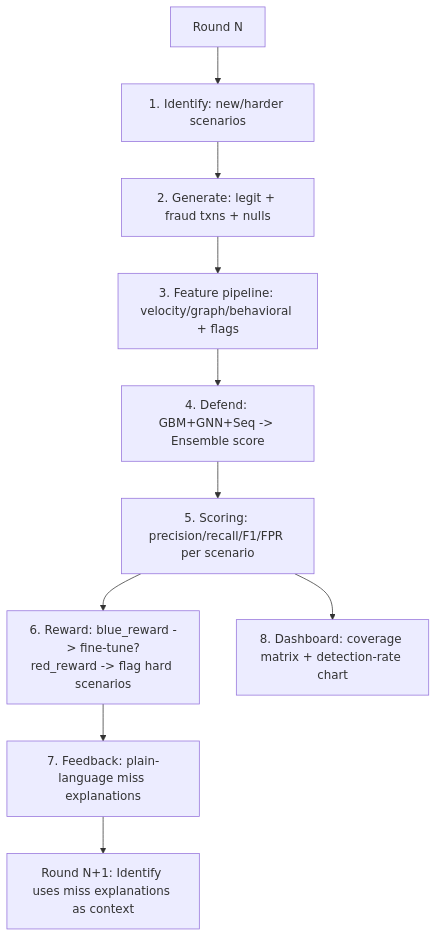
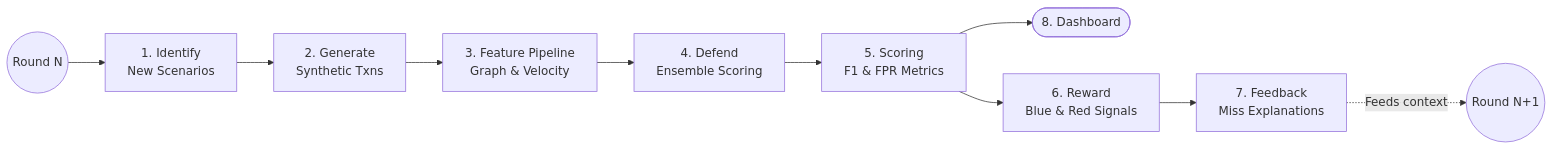
One commit to KVarad777/Pahredaar changed the diagram in README.md. Above: the diagram before and after it, drawn with Mermaid.

Commit message:
Update System Architecture diagram to a clean horizontal layout

````diff
--- a/README.md
+++ b/README.md
@@ -77,12 +77,15 @@
 ```mermaid
-flowchart TD
-    R1[Round N] --> ID[1. Identify: new/harder scenarios]
-    ID --> GEN[2. Generate: legit + fraud txns + nulls]
-    GEN --> FEAT[3. Feature pipeline: velocity/graph/behavioral + flags]
-    FEAT --> DEF[4. Defend: GBM+GNN+Seq -> Ensemble score]
-    DEF --> SCORE[5. Scoring: precision/recall/F1/FPR per scenario]
-    SCORE --> REW[6. Reward: blue_reward -> fine-tune?\nred_reward -> flag hard scenarios]
-    REW --> FB[7. Feedback: plain-language miss explanations]
-    FB --> ID2[Round N+1: Identify uses miss explanations as context]
-    SCORE --> DASH[8. Dashboard: coverage matrix + detection-rate chart]
+flowchart LR
+    R1((Round N)) --> ID[1. Identify<br/>New Scenarios]
+    ID --> GEN[2. Generate<br/>Synthetic Txns]
+    GEN --> FEAT[3. Feature Pipeline<br/>Graph & Velocity]
+    
+    FEAT --> DEF[4. Defend<br/>Ensemble Scoring]
+    DEF --> SCORE[5. Scoring<br/>F1 & FPR Metrics]
+    
+    SCORE --> DASH([8. Dashboard])
+    SCORE --> REW[6. Reward<br/>Blue & Red Signals]
+    
+    REW --> FB[7. Feedback<br/>Miss Explanations]
+    FB -.->|Feeds context| R2((Round N+1))
 ```
````
